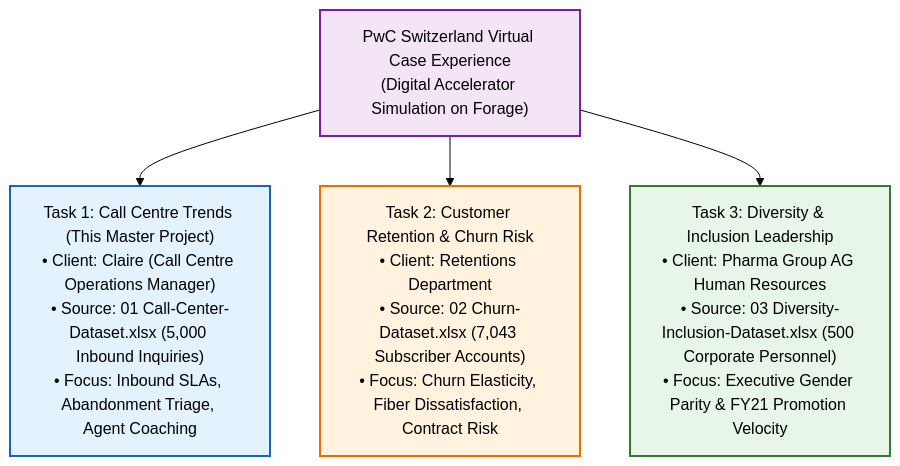
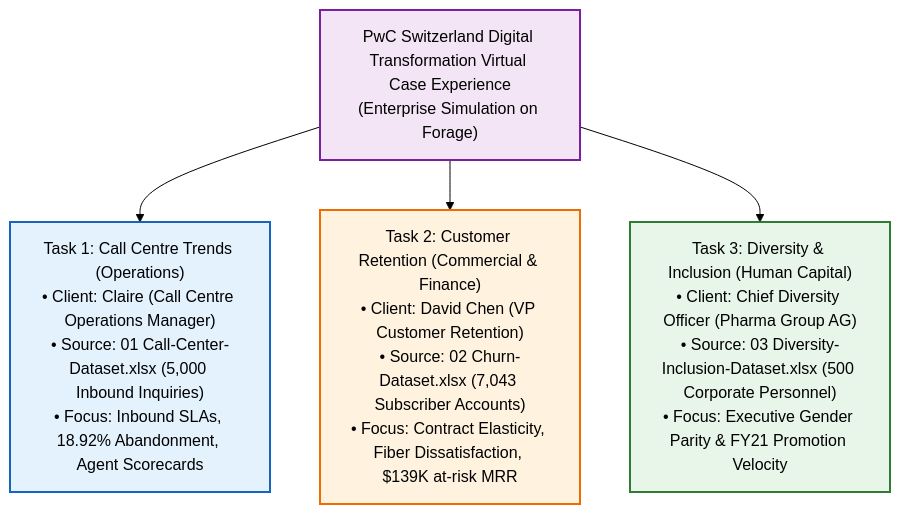
The first of 3 diagrams in 06_Projects/Call Center Performance Analysis/Master Project Guidance Manual.md (Sohila-Khaled-Abbas/COURSE-EXCEL-ZERO-TO-HERO), drawn with Mermaid (forest theme) before and after one commit. The commit also changed other lines of this file and 11 other files, not shown here.

Commit message:
feat(pwc-capstone): integrate full 3-dataset Galaxy Schema into project documentation suite

````diff
--- a/06_Projects/Call Center Performance Analysis/Master Project Guidance Manual.md
+++ b/06_Projects/Call Center Performance Analysis/Master Project Guidance Manual.md
@@ -61,17 +72,17 @@
 ```mermaid
 flowchart TD
-    PWC["PwC Switzerland Virtual Case Experience\n(Digital Accelerator Simulation on Forage)"]
+    PWC["PwC Switzerland Digital Transformation Virtual Case Experience\n(Enterprise Simulation on Forage)"]
     
-    T1["Task 1: Call Centre Trends (This Master Project)\n• Client: Claire (Call Centre Operations Manager)\n• Source: 01 Call-Center-Dataset.xlsx (5,000 Inbound Inquiries)\n• Focus: Inbound SLAs, Abandonment Triage, Agent Coaching"]
-    T2["Task 2: Customer Retention & Churn Risk\n• Client: Retentions Department\n• Source: 02 Churn-Dataset.xlsx (7,043 Subscriber Accounts)\n• Focus: Churn Elasticity, Fiber Dissatisfaction, Contract Risk"]
-    T3["Task 3: Diversity & Inclusion Leadership\n• Client: Pharma Group AG Human Resources\n• Source: 03 Diversity-Inclusion-Dataset.xlsx (500 Corporate Personnel)\n• Focus: Executive Gender Parity & FY21 Promotion Velocity"]
+    T1["Task 1: Call Centre Trends (Operations)\n• Client: Claire (Call Centre Operations Manager)\n• Source: 01 Call-Center-Dataset.xlsx (5,000 Inbound Inquiries)\n• Focus: Inbound SLAs, 18.92% Abandonment, Agent Scorecards"]
+    T2["Task 2: Customer Retention (Commercial & Finance)\n• Client: David Chen (VP Customer Retention)\n• Source: 02 Churn-Dataset.xlsx (7,043 Subscriber Accounts)\n• Focus: Contract Elasticity, Fiber Dissatisfaction, $139K at-risk MRR"]
+    T3["Task 3: Diversity & Inclusion (Human Capital)\n• Client: Chief Diversity Officer (Pharma Group AG)\n• Source: 03 Diversity-Inclusion-Dataset.xlsx (500 Corporate Personnel)\n• Focus: Executive Gender Parity & FY21 Promotion Velocity"]
     
     PWC --> T1
     PWC --> T2
     PWC --> T3
     
     style PWC fill:#f3e5f5,stroke:#7b1fa2,stroke-width:2px
     style T1 fill:#e3f2fd,stroke:#1565c0,stroke-width:2px
     style T2 fill:#fff3e0,stroke:#ef6c00,stroke-width:2px
     style T3 fill:#e8f5e9,stroke:#2e7d32,stroke-width:2px
 ```
````
